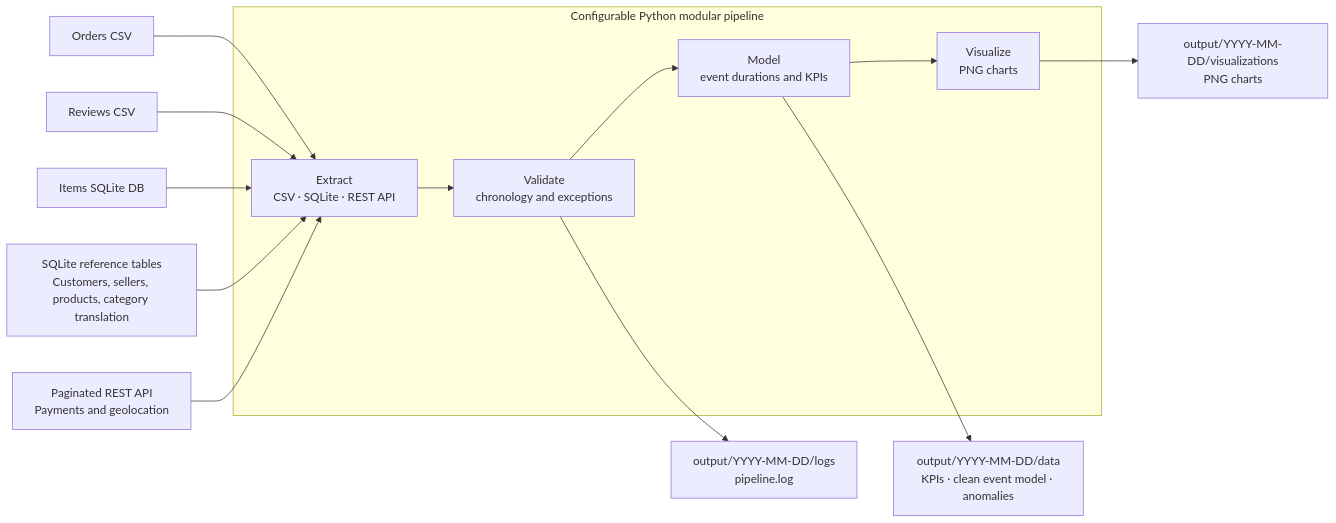
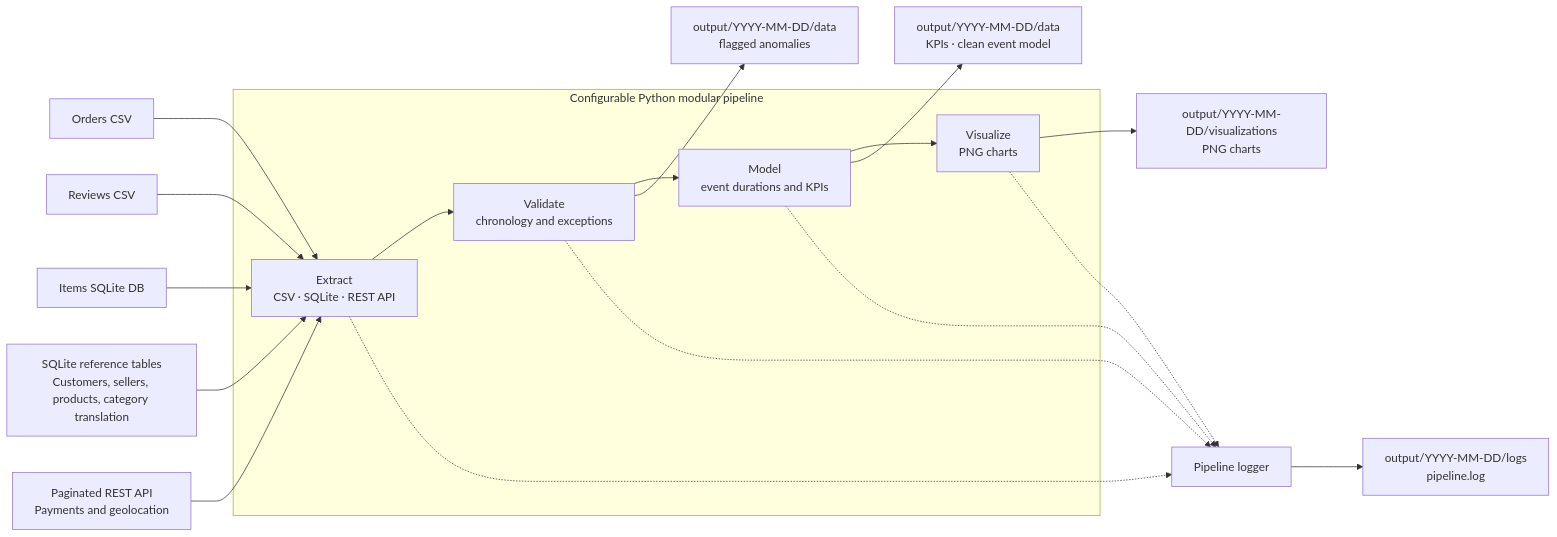
One commit to MineshShaw/olist-fde-pipeline changed the diagram in docs/source-map.mmd. Above: the diagram before and after it, drawn with Mermaid. The commit also changed 20 other files, not shown here.

```diff
--- a/docs/source-map.mmd
+++ b/docs/source-map.mmd
@@ -1,24 +1,29 @@
 flowchart LR
     OrdersCSV["Orders CSV"]
     ReviewsCSV["Reviews CSV"]
     ItemsDB["Items SQLite DB"]
     ReferenceDB["SQLite reference tables<br/>Customers, sellers, products, category translation"]
     RestAPI["Paginated REST API<br/>Payments and geolocation"]
 
     subgraph Pipeline["Configurable Python modular pipeline"]
         Extract["Extract<br/>CSV · SQLite · REST API"]
         Validate["Validate<br/>chronology and exceptions"]
         Model["Model<br/>event durations and KPIs"]
         Visualize["Visualize<br/>PNG charts"]
         Extract --> Validate --> Model --> Visualize
     end
 
     OrdersCSV --> Extract
     ReviewsCSV --> Extract
     ItemsDB --> Extract
     ReferenceDB --> Extract
     RestAPI --> Extract
 
-    Model --> DataOut["output/YYYY-MM-DD/data<br/>KPIs · clean event model · anomalies"]
+    Model --> DataOut["output/YYYY-MM-DD/data<br/>KPIs · clean event model"]
+    Validate --> Anomalies["output/YYYY-MM-DD/data<br/>flagged anomalies"]
     Visualize --> VizOut["output/YYYY-MM-DD/visualizations<br/>PNG charts"]
-    Validate --> LogsOut["output/YYYY-MM-DD/logs<br/>pipeline.log"]
+    Extract -.-> Logger["Pipeline logger"]
+    Validate -.-> Logger
+    Model -.-> Logger
+    Visualize -.-> Logger
+    Logger --> LogsOut["output/YYYY-MM-DD/logs<br/>pipeline.log"]
```
